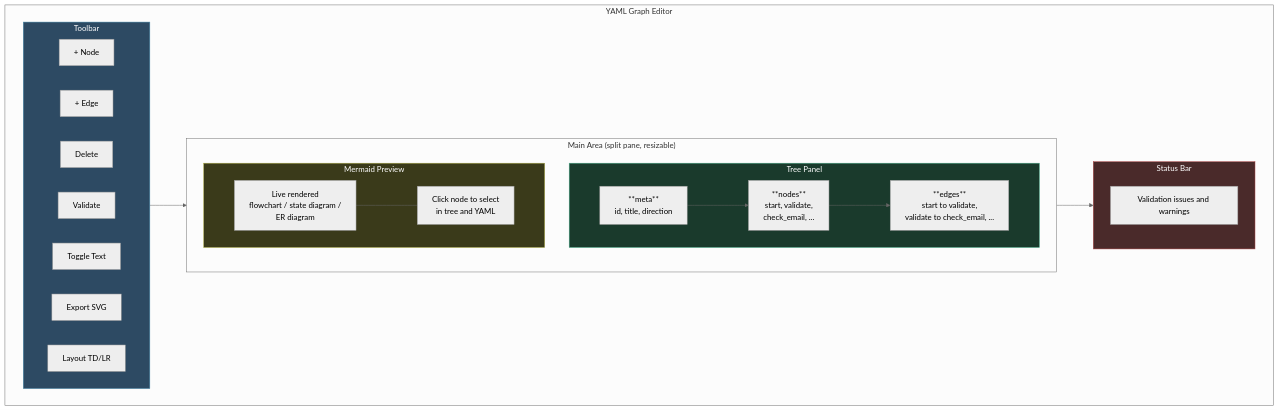
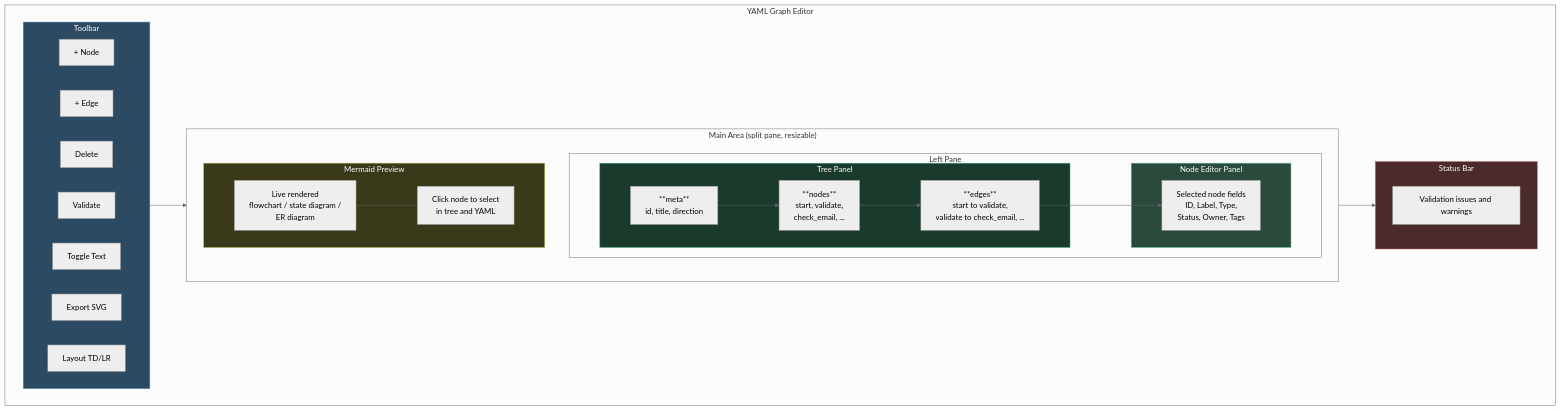
Before and after one commit to al-the-bear/tom_module_vscode: the fourth of 35 diagrams in tom_vscode_extension/doc/yaml_graph.md, drawn with Mermaid (neutral theme). The commit also changed other lines of this file, not shown here.

Commit message:
Add node editor panel, config-only goal, converter callbacks, package integration strategy

````diff
--- a/tom_vscode_extension/doc/yaml_graph.md
+++ b/tom_vscode_extension/doc/yaml_graph.md
@@ -238,42 +262,50 @@
 ```mermaid
 flowchart TD
     subgraph Editor["YAML Graph Editor"]
         subgraph Toolbar["Toolbar"]
             direction LR
             BTN1["+ Node"]
             BTN2["+ Edge"]
             BTN3["Delete"]
             BTN4["Validate"]
             BTN5["Toggle Text"]
             BTN6["Export SVG"]
             BTN7["Layout TD/LR"]
         end
 
         subgraph MainArea["Main Area (split pane, resizable)"]
-            subgraph TreePanel["Tree Panel"]
-                META["**meta**<br/>id, title, direction"]
-                NODES["**nodes**<br/>start, validate,<br/>check_email, ..."]
-                EDGES["**edges**<br/>start to validate,<br/>validate to check_email, ..."]
+            subgraph LeftPane["Left Pane"]
+                subgraph TreePanel["Tree Panel"]
+                    META["**meta**<br/>id, title, direction"]
+                    NODES["**nodes**<br/>start, validate,<br/>check_email, ..."]
+                    EDGES["**edges**<br/>start to validate,<br/>validate to check_email, ..."]
+                end
+
+                subgraph NodeEditor["Node Editor Panel"]
+                    FIELDS["Selected node fields<br/>ID, Label, Type,<br/>Status, Owner, Tags"]
+                end
             end
 
             subgraph Preview["Mermaid Preview"]
                 DIAGRAM["Live rendered<br/>flowchart / state diagram /<br/>ER diagram"]
                 CLICK["Click node to select<br/>in tree and YAML"]
             end
         end
 
         subgraph StatusBar["Status Bar"]
             ISSUES["Validation issues and warnings"]
         end
     end
 
     Toolbar --> MainArea
     MainArea --> StatusBar
     META --> NODES --> EDGES
+    EDGES --> FIELDS
     DIAGRAM --- CLICK
 
     style Toolbar fill:#2d4a63,stroke:#48a,color:#fff
     style TreePanel fill:#1a3a2c,stroke:#4a8,color:#fff
+    style NodeEditor fill:#2a4a3c,stroke:#5b9,color:#fff
     style Preview fill:#3a3a1a,stroke:#aa4,color:#fff
     style StatusBar fill:#4a2a2a,stroke:#a44,color:#fff
 ```
````
